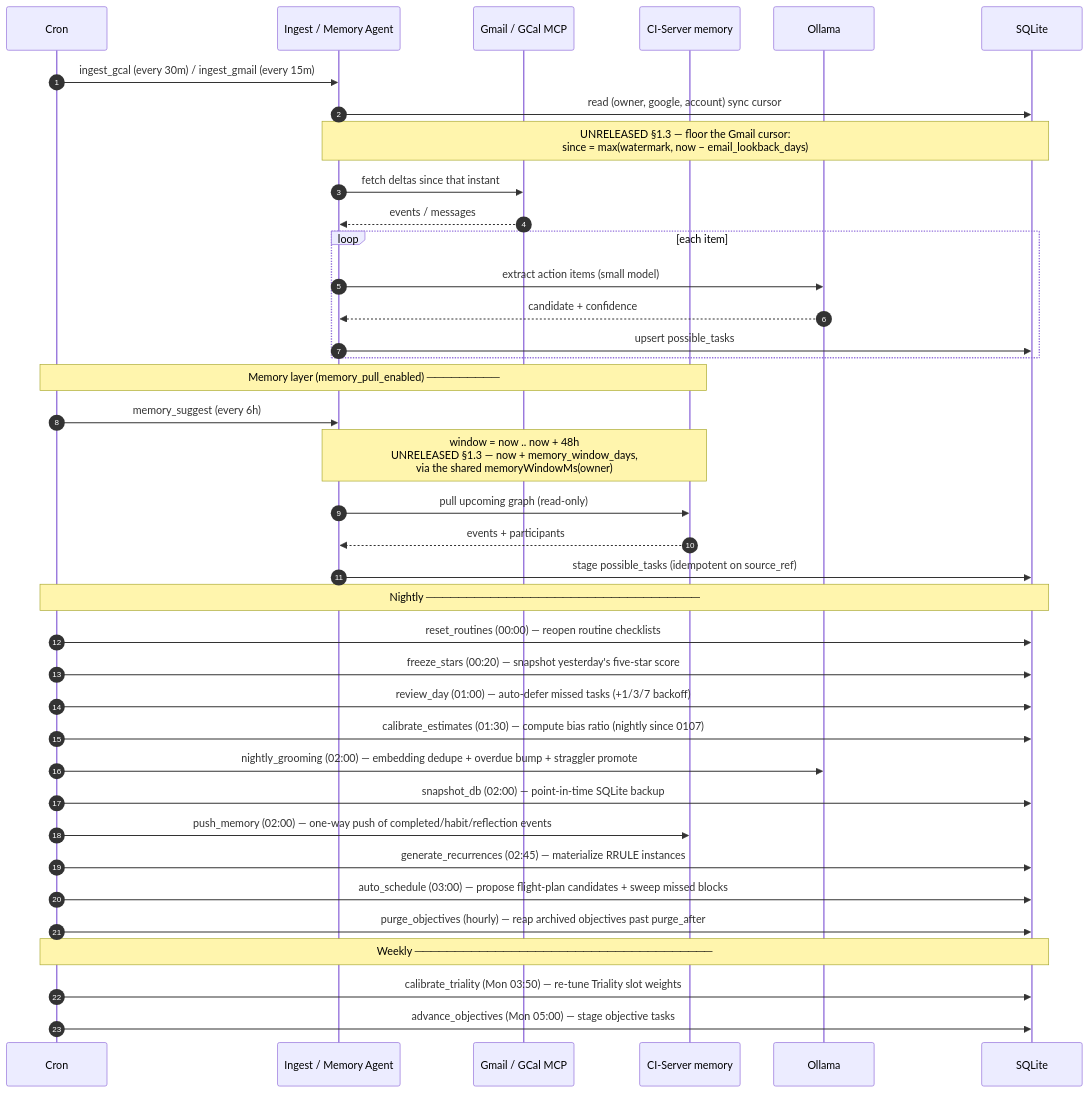
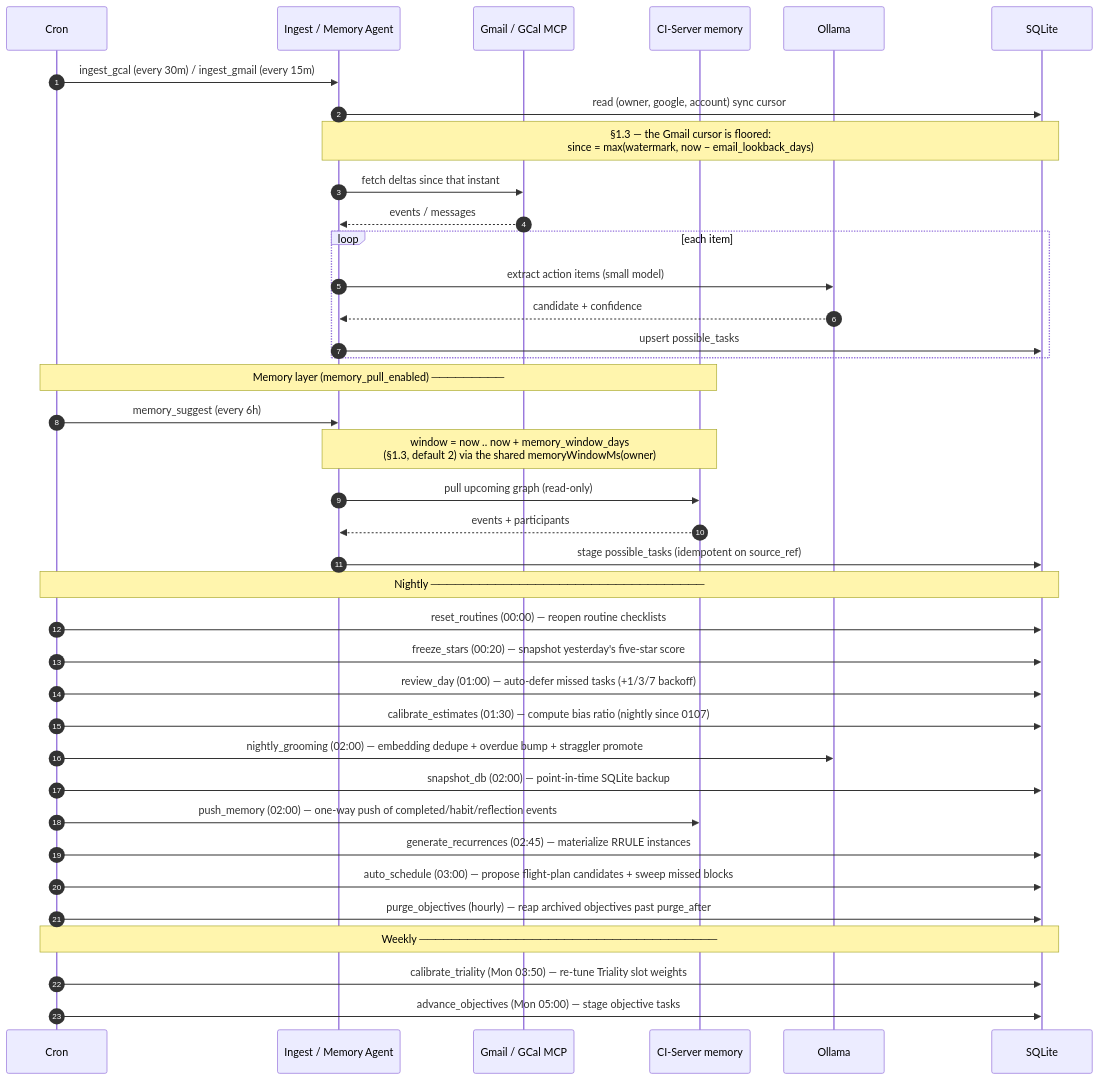
One commit to companionintelligence/CI-Planning changed the fourth of 8 diagrams in ARCHITECTURE.md. Above: the diagram before and after it, drawn with Mermaid. The commit also changed other lines of this file and 1 other file, not shown here.

````diff
--- a/ARCHITECTURE.md
+++ b/ARCHITECTURE.md
@@ -751,45 +751,45 @@
 ```mermaid
 sequenceDiagram
     autonumber
     participant Cron
     participant Ing as Ingest / Memory Agent
     participant MCP as Gmail / GCal MCP
     participant Mem as CI-Server memory
     participant LLM as Ollama
     participant DB as SQLite
 
     Cron->>Ing: ingest_gcal (every 30m) / ingest_gmail (every 15m)
     Ing->>DB: read (owner, google, account) sync cursor
-    Note over Ing,DB: UNRELEASED §1.3 — floor the Gmail cursor:<br/>since = max(watermark, now − email_lookback_days)
+    Note over Ing,DB: §1.3 — the Gmail cursor is floored:<br/>since = max(watermark, now − email_lookback_days)
     Ing->>MCP: fetch deltas since that instant
     MCP-->>Ing: events / messages
     loop each item
         Ing->>LLM: extract action items (small model)
         LLM-->>Ing: candidate + confidence
         Ing->>DB: upsert possible_tasks
     end
 
     Note over Cron,Mem: Memory layer (memory_pull_enabled) ─────────
     Cron->>Ing: memory_suggest (every 6h)
-    Note over Ing,Mem: window = now .. now + 48h<br/>UNRELEASED §1.3 — now + memory_window_days,<br/>via the shared memoryWindowMs(owner)
+    Note over Ing,Mem: window = now .. now + memory_window_days<br/>(§1.3, default 2) via the shared memoryWindowMs(owner)
     Ing->>Mem: pull upcoming graph (read-only)
     Mem-->>Ing: events + participants
     Ing->>DB: stage possible_tasks (idempotent on source_ref)
 
     Note over Cron,DB: Nightly ──────────────────────────────────
     Cron->>DB: reset_routines (00:00) — reopen routine checklists
     Cron->>DB: freeze_stars (00:20) — snapshot yesterday's five-star score
     Cron->>DB: review_day (01:00) — auto-defer missed tasks (+1/3/7 backoff)
     Cron->>DB: calibrate_estimates (01:30) — compute bias ratio (nightly since 0107)
     Cron->>LLM: nightly_grooming (02:00) — embedding dedupe + overdue bump + straggler promote
     Cron->>DB: snapshot_db (02:00) — point-in-time SQLite backup
     Cron->>Mem: push_memory (02:00) — one-way push of completed/habit/reflection events
     Cron->>DB: generate_recurrences (02:45) — materialize RRULE instances
     Cron->>DB: auto_schedule (03:00) — propose flight-plan candidates + sweep missed blocks
 
     Cron->>DB: purge_objectives (hourly) — reap archived objectives past purge_after
 
     Note over Cron,DB: Weekly ─────────────────────────────────────
     Cron->>DB: calibrate_triality (Mon 03:50) — re-tune Triality slot weights
     Cron->>DB: advance_objectives (Mon 05:00) — stage objective tasks
 ```
````
